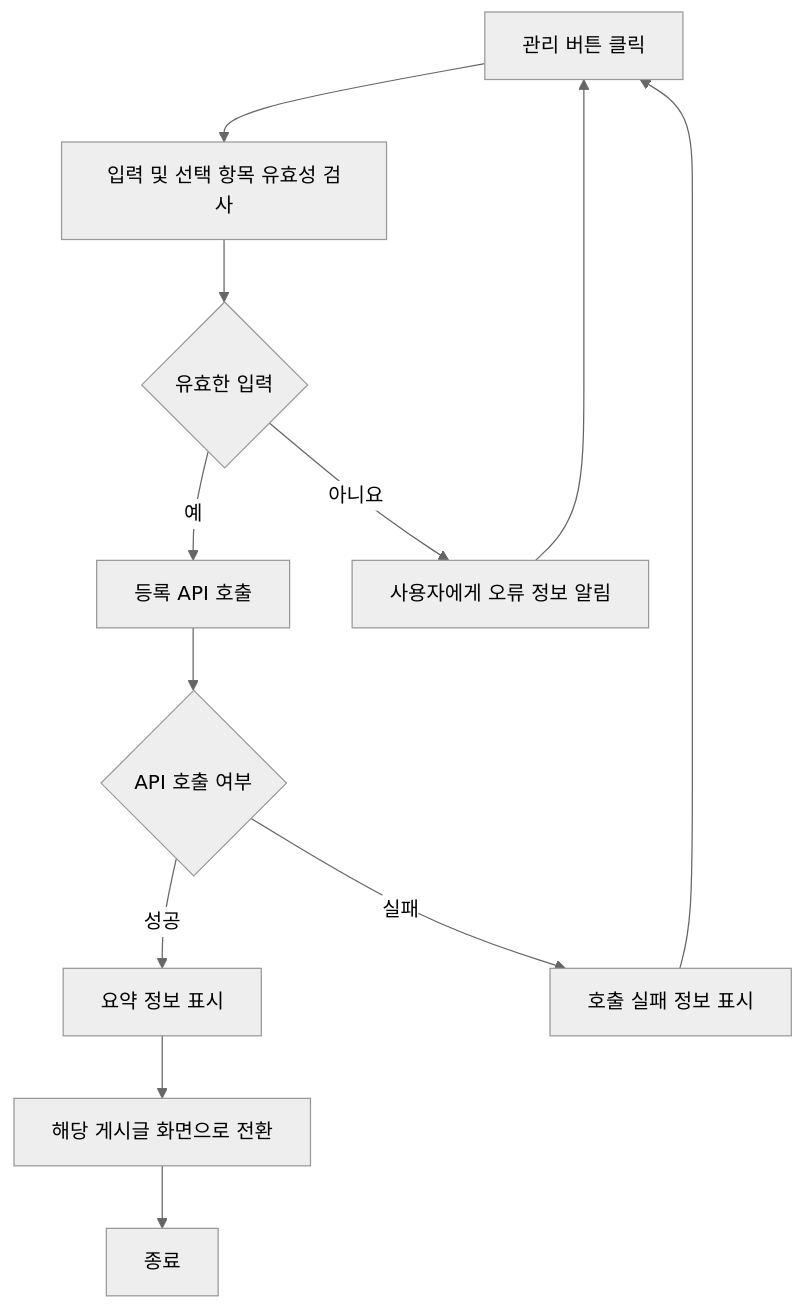
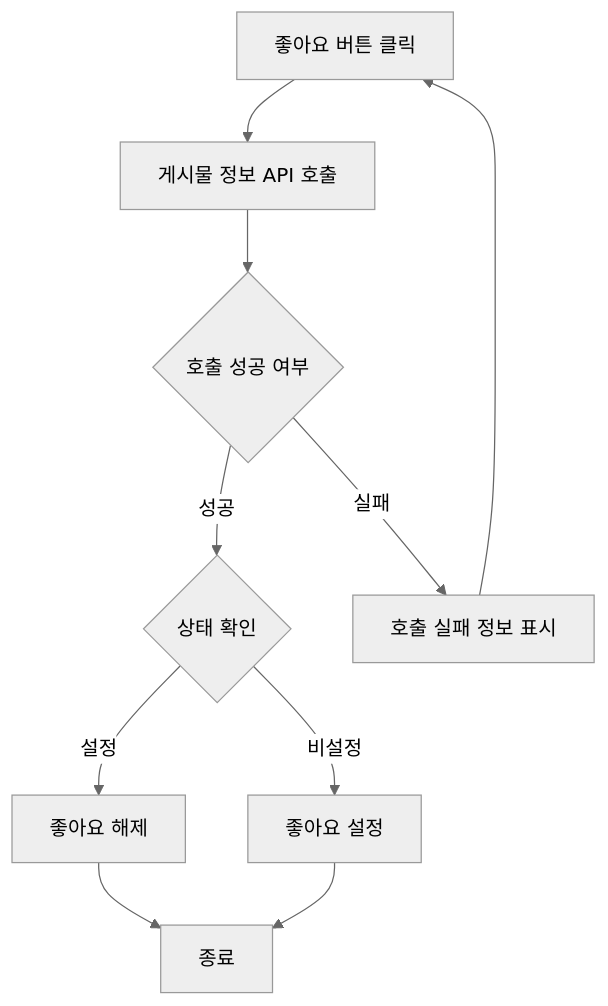
One commit to Dev-FE-2/3_swim_diary changed diagram 35 of 40 in design/기능정의서.md. Above: the diagram before and after it, drawn with Mermaid (neutral theme). The commit also changed other lines of this file and 1 other file, not shown here.

````diff
--- a/design/기능정의서.md
+++ b/design/기능정의서.md
@@ -382,14 +816,12 @@
-    ```mermaid
-    flowchart TD
-        A[관리 버튼 클릭] --> B[입력 및 선택 항목 유효성 검사]
-        B --> C{유효한 입력}
-        C -- 예 --> D[등록 API 호출]
-        C -- 아니요 --> E[사용자에게 오류 정보 알림]
-        E --> A
-        D --> F{API 호출 여부}
-        F -- 성공 --> G[요약 정보 표시]
-        F -- 실패 --> H[호출 실패 정보 표시]
-        H --> A
-        G --> I[해당 게시글 화면으로 전환]
-        I --> Z[종료]
-    ```
+```mermaid
+flowchart TD
+	A[좋아요 버튼 클릭] --> B[게시물 정보 API 호출]
+    B --> C{호출 성공 여부}
+	C -- 성공 --> D{상태 확인}
+	C -- 실패 --> E[호출 실패 정보 표시]
+    E --> A
+    D -- 설정 --> F[좋아요 해제]
+    D -- 비설정 --> G[좋아요 설정]
+	F --> Z[종료]
+	G --> Z[종료]
+```
````
